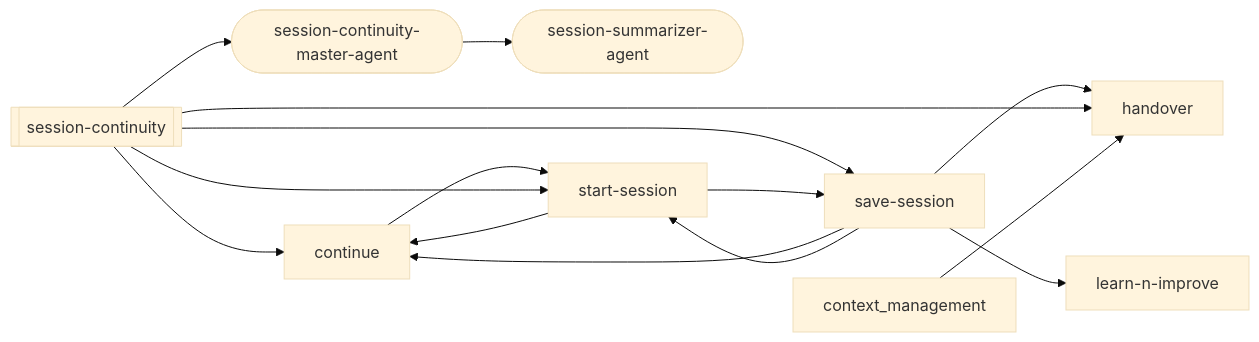
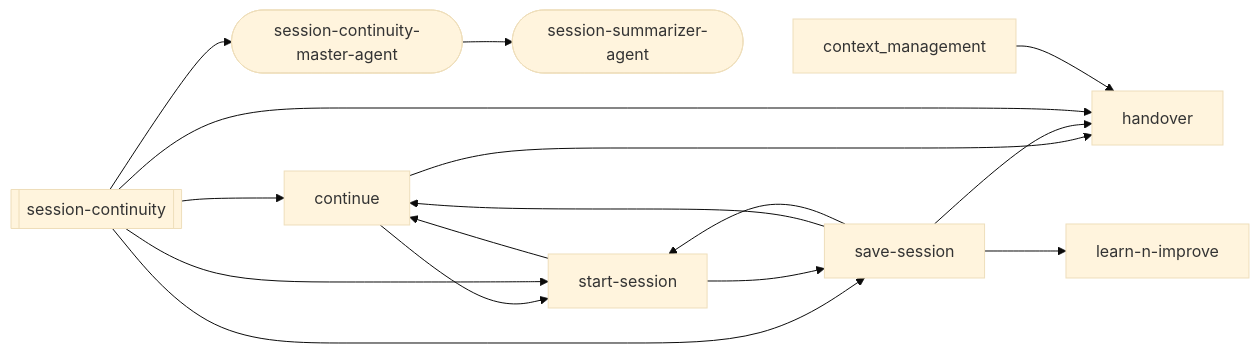
The fourth of 11 diagrams in docs/workflows/session-continuity.md (abhayla/claude-best-practices), drawn with Mermaid (base theme) before and after one commit. The commit also changed other lines of this file and 12 other files, not shown here.

````diff
--- a/docs/workflows/session-continuity.md
+++ b/docs/workflows/session-continuity.md
@@ -265,25 +266,26 @@
 ```mermaid
 graph LR
     session_continuity[["session-continuity"]]
     continue["continue"]
     handover["handover"]
     learn_n_improve["learn-n-improve"]
     save_session["save-session"]
     session_continuity_master_agent(["session-continuity-master-agent"])
     session_summarizer_agent(["session-summarizer-agent"])
     start_session["start-session"]
+    continue --> handover
     continue --> start_session
     save_session --> continue
     save_session --> handover
     save_session --> learn_n_improve
     save_session --> start_session
     session_continuity --> continue
     session_continuity --> handover
     session_continuity --> save_session
     session_continuity --> start_session
     session_continuity --> session_continuity_master_agent
     start_session --> continue
     start_session --> save_session
     session_continuity_master_agent --> session_summarizer_agent
     context_management --> handover
 ```
````
